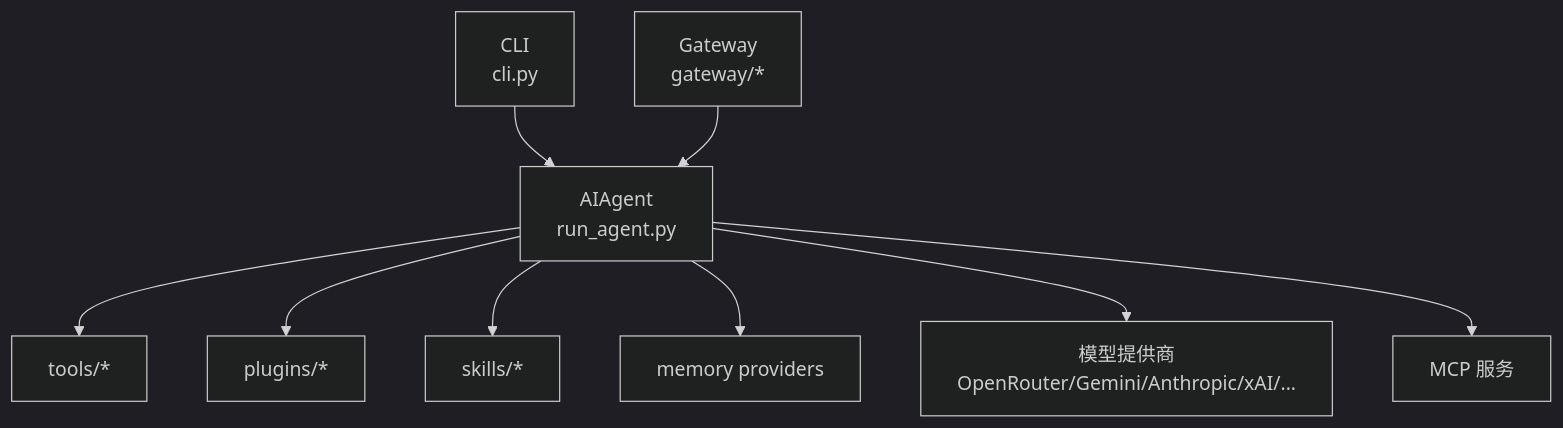
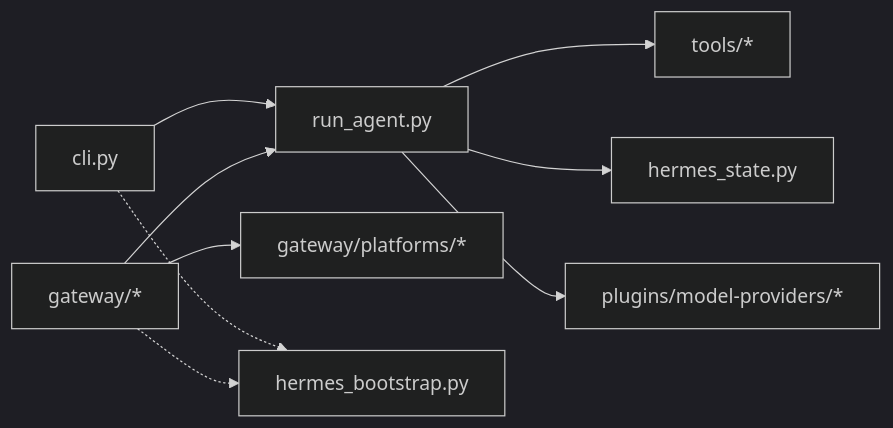
One commit to haolange/hermes-agent changed the seventh of 7 diagrams in .qoder/repowiki/zh/content/项目概述/项目概述.md. Above: the diagram before and after it, drawn with Mermaid (dark theme). The commit also changed other lines of this file and 1206 other files, not shown here.

````diff
--- a/.qoder/repowiki/zh/content/项目概述/项目概述.md
+++ b/.qoder/repowiki/zh/content/项目概述/项目概述.md
@@ -293,11 +242,11 @@
 ```mermaid
-graph TB
-Agent["AIAgent<br/>run_agent.py"] --> Tools["tools/*"]
-Agent --> Plugins["plugins/*"]
-Agent --> Skills["skills/*"]
-Agent --> Memory["memory providers"]
-Agent --> Providers["模型提供商<br/>OpenRouter/Gemini/Anthropic/xAI/..."]
-Agent --> MCP["MCP 服务"]
-CLI["CLI<br/>cli.py"] --> Agent
-Gateway["Gateway<br/>gateway/*"] --> Agent
+graph LR
+CLI["cli.py"] --> AG["run_agent.py"]
+GW["gateway/*"] --> AG
+AG --> TOOLS["tools/*"]
+AG --> STATE["hermes_state.py"]
+GW --> PLAT["gateway/platforms/*"]
+AG --> PROV["plugins/model-providers/*"]
+CLI -.-> BOOT["hermes_bootstrap.py"]
+GW -.-> BOOT
 ```
````
